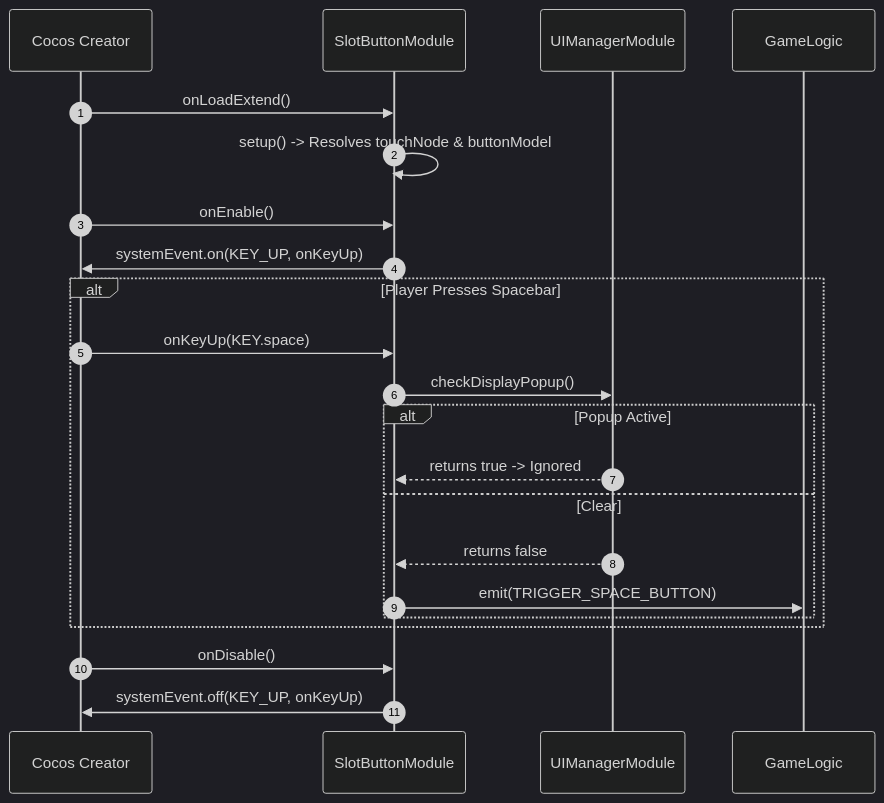
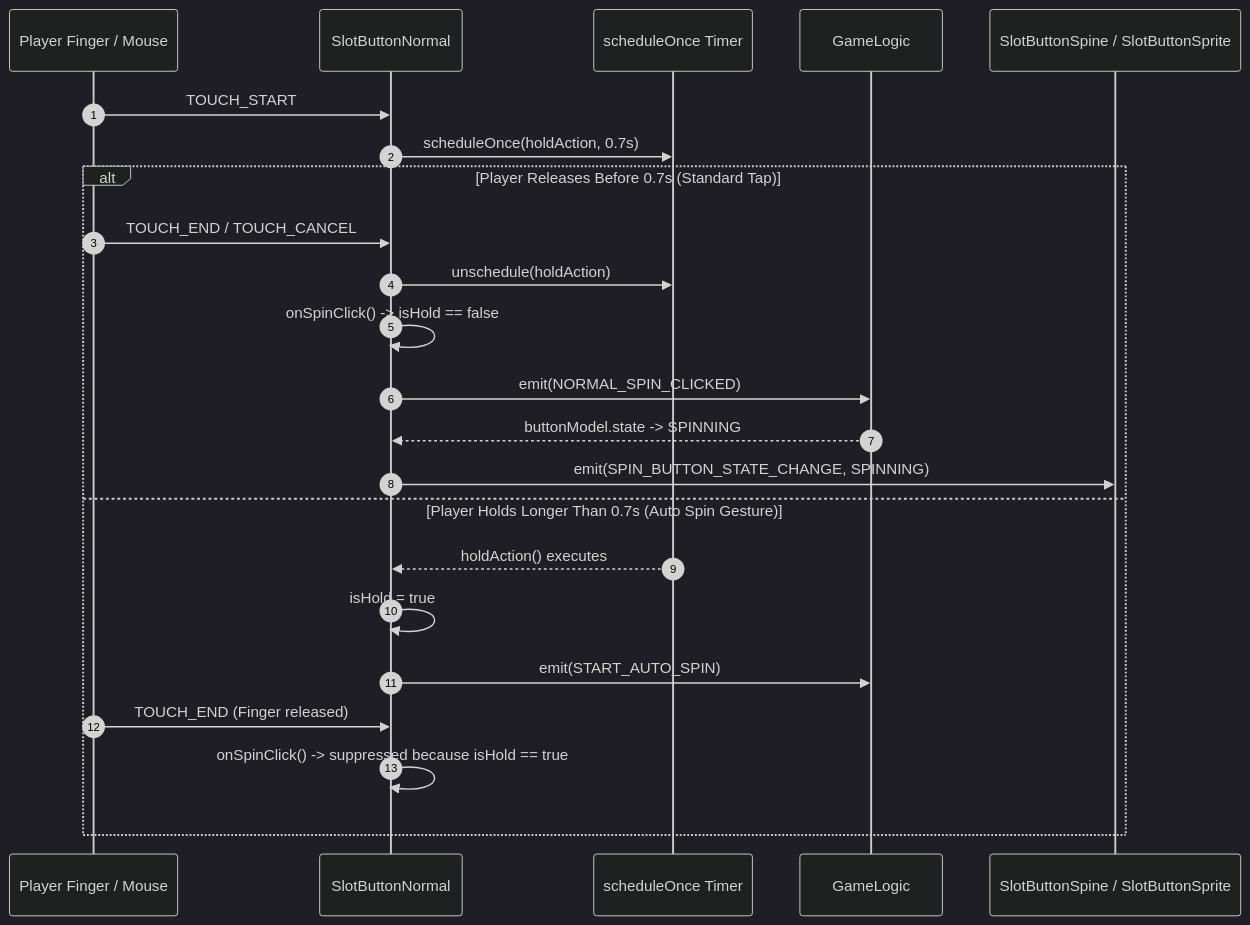
Before and after one commit to lam-ark/mcp-fwcc: the diagram in docs/cc_slot_module/modules/SlotButtonModule/01_overview/03_lifecycle_flowchart.md, drawn with Mermaid (dark theme). The commit also changed other lines of this file and 24 other files, not shown here.

Commit message:
docs(gui): massively expand SlotButtonModule ecosystem with SlotButtonNormal, SlotButtonSpine, SlotButtonSprite atomic guides

````diff
--- a/docs/cc_slot_module/modules/SlotButtonModule/01_overview/03_lifecycle_flowchart.md
+++ b/docs/cc_slot_module/modules/SlotButtonModule/01_overview/03_lifecycle_flowchart.md
@@ -14,27 +14,27 @@
 ```mermaid
 sequenceDiagram
     autonumber
-    participant Engine as Cocos Creator
-    participant SBM as SlotButtonModule
-    participant UIM as UIManagerModule
+    participant Player as Player Finger / Mouse
+    participant SBN as SlotButtonNormal
+    participant Timer as scheduleOnce Timer
     participant GL as GameLogic
+    participant Display as SlotButtonSpine / SlotButtonSprite
 
-    Engine->>SBM: onLoadExtend()
-    SBM->>SBM: setup() -> Resolves touchNode & buttonModel
-    Engine->>SBM: onEnable()
-    SBM->>Engine: systemEvent.on(KEY_UP, onKeyUp)
+    Player->>SBN: TOUCH_START
+    SBN->>Timer: scheduleOnce(holdAction, 0.7s)
     
-    alt Player Presses Spacebar
-        Engine->>SBM: onKeyUp(KEY.space)
-        SBM->>UIM: checkDisplayPopup()
-        alt Popup Active
-            UIM-->>SBM: returns true -> Ignored
-        else Clear
-            UIM-->>SBM: returns false
-            SBM->>GL: emit(TRIGGER_SPACE_BUTTON)
-        end
+    alt Player Releases Before 0.7s (Standard Tap)
+        Player->>SBN: TOUCH_END / TOUCH_CANCEL
+        SBN->>Timer: unschedule(holdAction)
+        SBN->>SBN: onSpinClick() -> isHold == false
+        SBN->>GL: emit(NORMAL_SPIN_CLICKED)
+        GL-->>SBN: buttonModel.state -> SPINNING
+        SBN->>Display: emit(SPIN_BUTTON_STATE_CHANGE, SPINNING)
+    else Player Holds Longer Than 0.7s (Auto Spin Gesture)
+        Timer-->>SBN: holdAction() executes
+        SBN->>SBN: isHold = true
+        SBN->>GL: emit(START_AUTO_SPIN)
+        Player->>SBN: TOUCH_END (Finger released)
+        SBN->>SBN: onSpinClick() -> suppressed because isHold == true
     end
-    
-    Engine->>SBM: onDisable()
-    SBM->>Engine: systemEvent.off(KEY_UP, onKeyUp)
 ```
````
